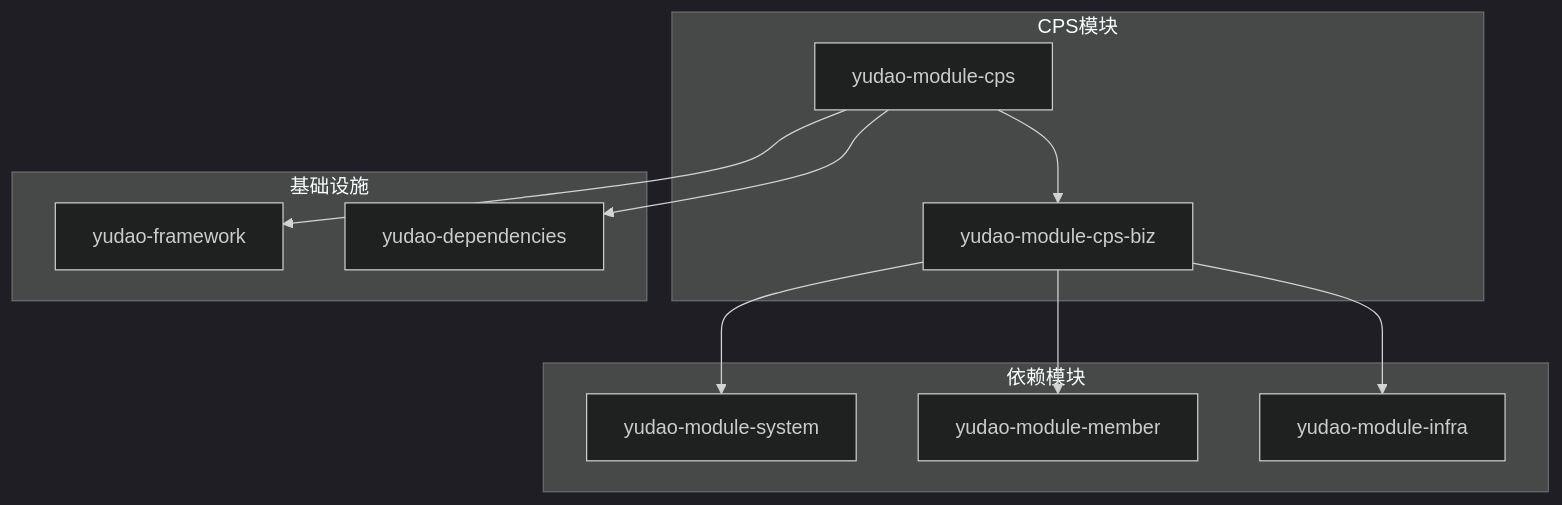
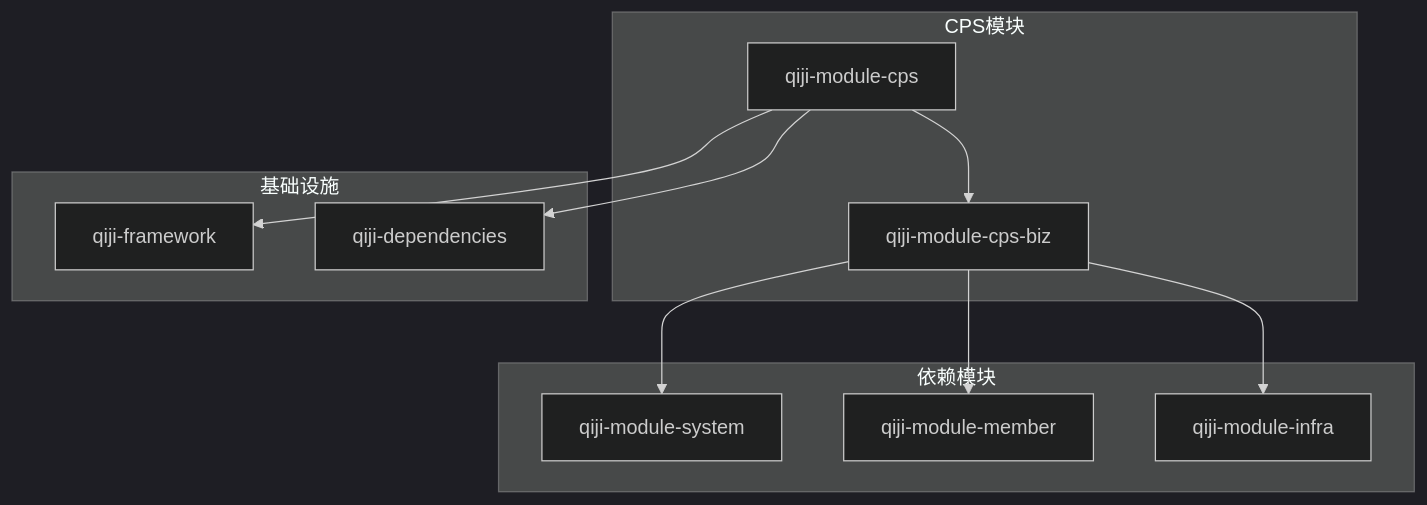
The first of 9 diagrams in backend/.qoder/repowiki/zh/content/核心业务模块/CPS联盟返利模块/CPS模块库依赖说明.md (zhuangpengLI/AgenticCPS), drawn with Mermaid (dark theme) before and after one commit. The commit also changed other lines of this file and 3489 other files, not shown here.

````diff
--- a/backend/.qoder/repowiki/zh/content/核心业务模块/CPS联盟返利模块/CPS模块库依赖说明.md
+++ b/backend/.qoder/repowiki/zh/content/核心业务模块/CPS联盟返利模块/CPS模块库依赖说明.md
@@ -38,22 +38,22 @@
 ```mermaid
 graph TB
 subgraph "CPS模块"
-A[yudao-module-cps]
-B[yudao-module-cps-biz]
+A[qiji-module-cps]
+B[qiji-module-cps-biz]
 end
 subgraph "依赖模块"
-C[yudao-module-system]
-D[yudao-module-member]
-E[yudao-module-infra]
+C[qiji-module-system]
+D[qiji-module-member]
+E[qiji-module-infra]
 end
 subgraph "基础设施"
-F[yudao-framework]
-G[yudao-dependencies]
+F[qiji-framework]
+G[qiji-dependencies]
 end
 A --> B
 B --> C
 B --> D
 B --> E
 A --> F
 A --> G
 ```
````
